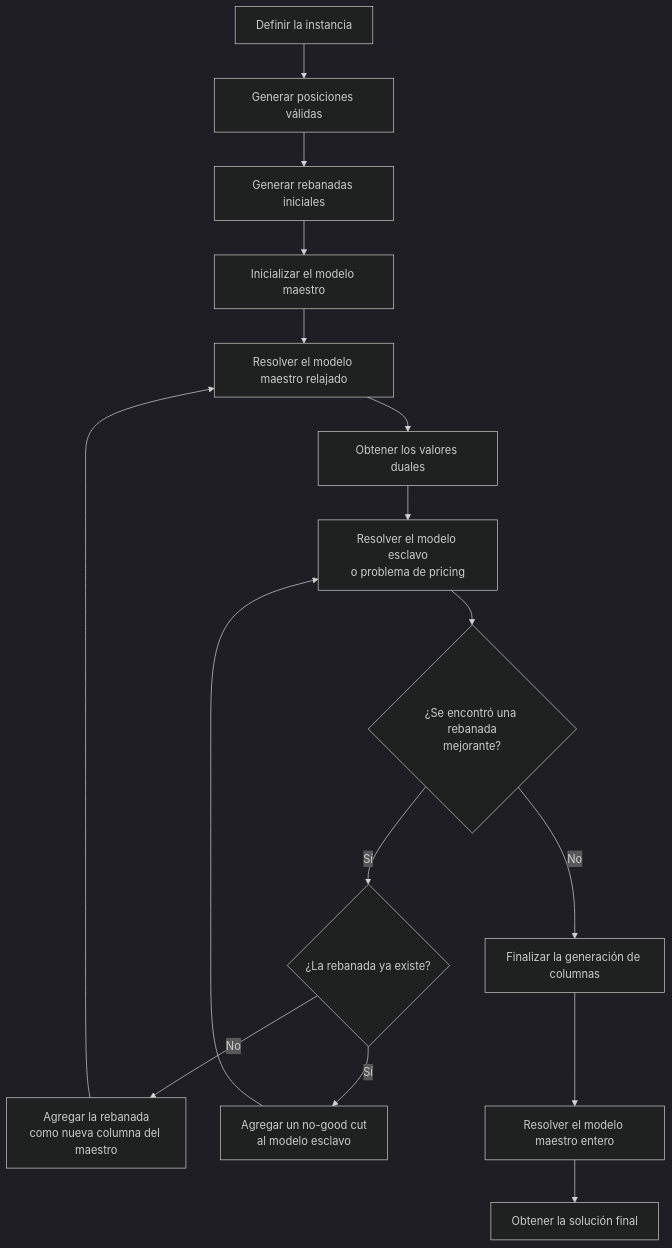
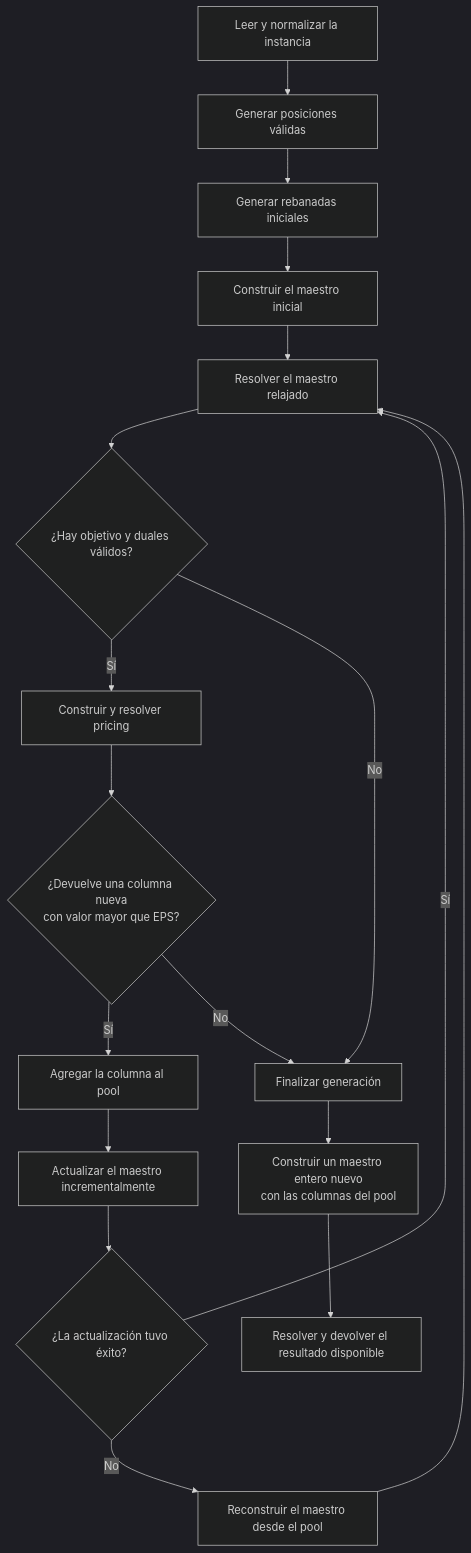
Before and after one commit to jfa320/2d-bin-packing-column-generation: the diagram in docs/algorithm.md, drawn with Mermaid (dark theme). The commit also changed other lines of this file and 3 other files, not shown here.

````diff
--- a/docs/algorithm.md
+++ b/docs/algorithm.md
@@ -9,23 +13,20 @@
 ```mermaid
 flowchart TD
-    A[Definir la instancia] --> B[Generar posiciones válidas]
+    A[Leer y normalizar la instancia] --> B[Generar posiciones válidas]
     B --> C[Generar rebanadas iniciales]
-    C --> D[Inicializar el modelo maestro]
-    D --> E[Resolver el modelo maestro relajado]
-    E --> F[Obtener los valores duales]
-    F --> G[Resolver el modelo esclavo<br/>o problema de pricing]
-
-    G --> H{¿Se encontró una rebanada<br/>mejorante?}
-
-    H -- Sí --> I{¿La rebanada ya existe?}
-
-    I -- No --> J[Agregar la rebanada<br/>como nueva columna del maestro]
-    J --> E
-
-    I -- Sí --> K[Agregar un no-good cut<br/>al modelo esclavo]
-    K --> G
-
-    H -- No --> L[Finalizar la generación de columnas]
-    L --> M[Resolver el modelo maestro entero]
-    M --> N[Obtener la solución final]
+    C --> D[Construir el maestro inicial]
+    D --> E[Resolver el maestro relajado]
+    E --> F{¿Hay objetivo y duales válidos?}
+    F -- Sí --> G[Construir y resolver pricing]
+    F -- No --> L[Finalizar generación]
+    G --> H{¿Devuelve una columna nueva<br/>con valor mayor que EPS?}
+    H -- Sí --> I[Agregar la columna al pool]
+    I --> J[Actualizar el maestro incrementalmente]
+    J --> K{¿La actualización tuvo éxito?}
+    K -- Sí --> E
+    K -- No --> R[Reconstruir el maestro desde el pool]
+    R --> E
+    H -- No --> L
+    L --> M[Construir un maestro entero nuevo<br/>con las columnas del pool]
+    M --> N[Resolver y devolver el resultado disponible]
 ```
````
